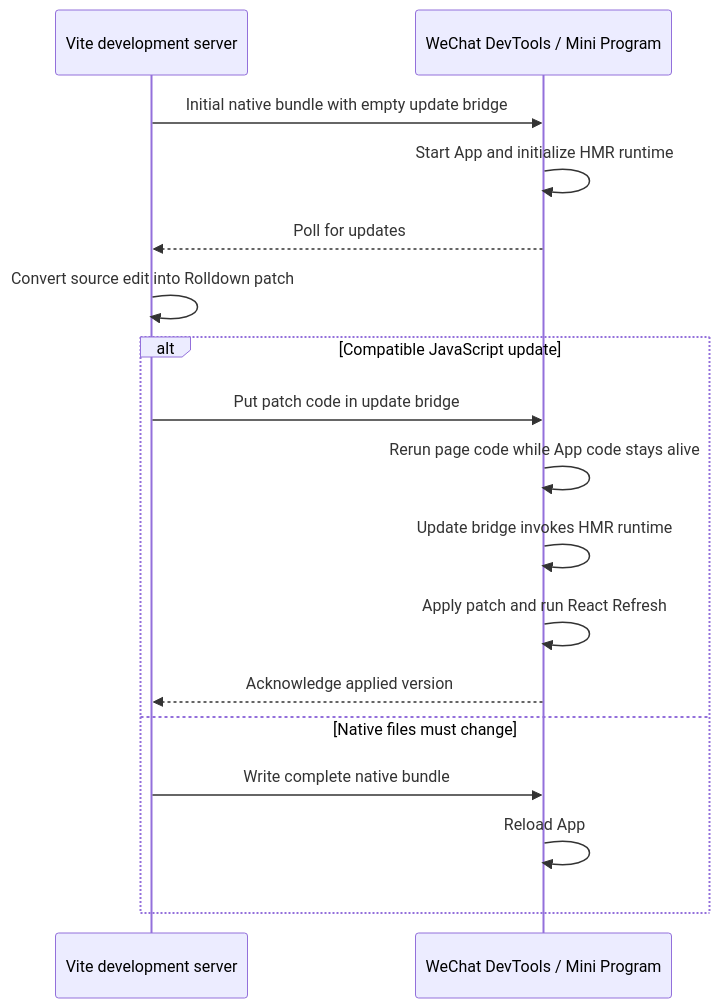
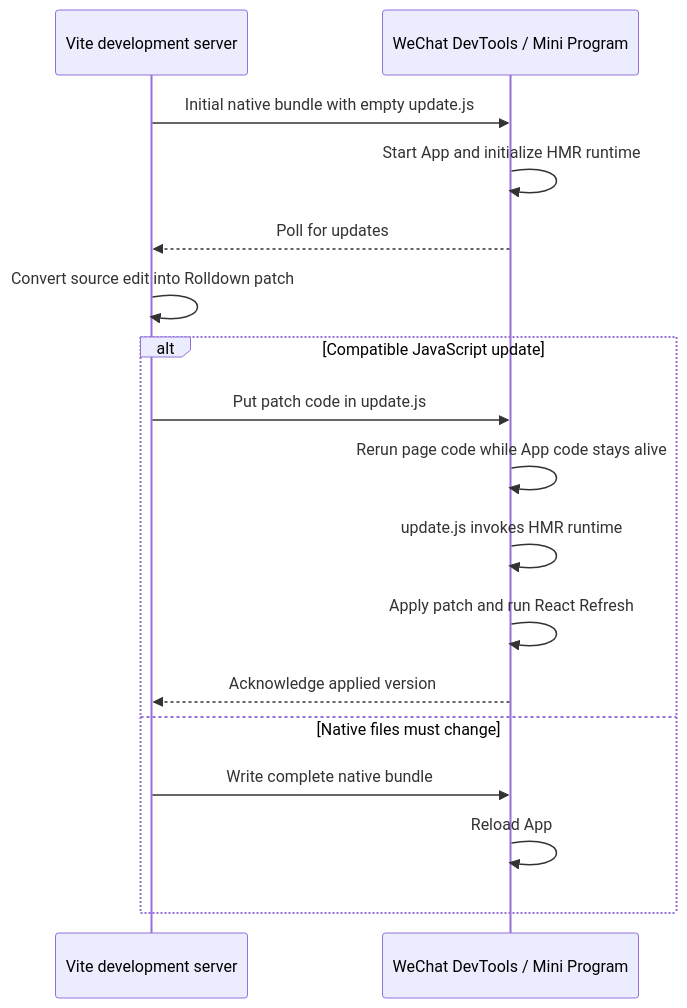
Before and after one commit to sep2/vite-plugin-taro: the diagram in draft/hmr-architecture.md, drawn with Mermaid. The commit also changed other lines of this file and 1 other file, not shown here.

Commit message:
docs: refine HMR architecture draft for clarity, unify terminology, and expand explanations for `update.js` workflows

````diff
--- a/draft/hmr-architecture.md
+++ b/draft/hmr-architecture.md
@@ -34,22 +34,22 @@
 ```mermaid
 sequenceDiagram
     participant Server as Vite development server
     participant WX as WeChat DevTools / Mini Program
 
-    Server->>WX: Initial native bundle with empty update bridge
+    Server->>WX: Initial native bundle with empty update.js
     WX->>WX: Start App and initialize HMR runtime
     WX-->>Server: Poll for updates
 
     Server->>Server: Convert source edit into Rolldown patch
 
     alt Compatible JavaScript update
-        Server->>WX: Put patch code in update bridge
+        Server->>WX: Put patch code in update.js
         WX->>WX: Rerun page code while App code stays alive
-        WX->>WX: Update bridge invokes HMR runtime
+        WX->>WX: update.js invokes HMR runtime
         WX->>WX: Apply patch and run React Refresh
         WX-->>Server: Acknowledge applied version
     else Native files must change
         Server->>WX: Write complete native bundle
         WX->>WX: Reload App
     end
 ```
````
